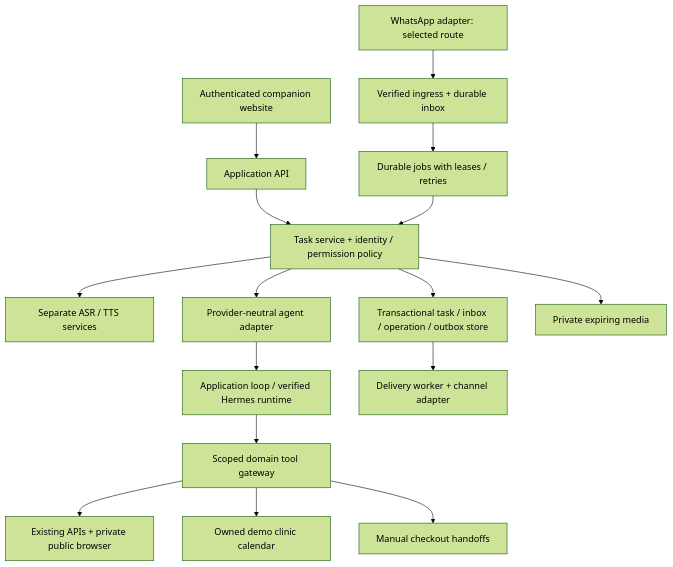
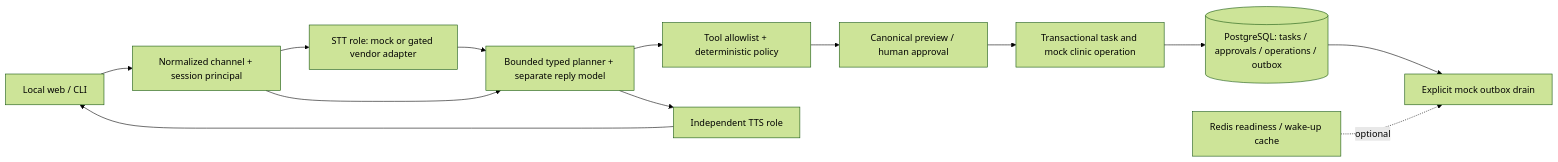
One commit to anirbanhere/Saathi_Home_Agent changed the diagram in docs/architecture.md. Above: the diagram before and after it, drawn with Mermaid (forest theme). The commit also changed other lines of this file and 10 other files, not shown here.

````diff
--- a/docs/architecture.md
+++ b/docs/architecture.md
@@ -78,18 +5,15 @@
 ```mermaid
-flowchart TB
-    WA[WhatsApp adapter: selected route] --> Ingress[Verified ingress + durable inbox]
-    UI[Authenticated companion website] --> API[Application API]
-    Ingress --> Jobs[Durable jobs with leases / retries]
-    API --> Core[Task service + identity / permission policy]
-    Jobs --> Core
-    Core --> Speech[Separate ASR / TTS services]
-    Core --> Agent[Provider-neutral agent adapter]
-    Agent --> Choice[Application loop / verified Hermes runtime]
-    Choice --> Tools[Scoped domain tool gateway]
-    Tools --> Read[Existing APIs + private public browser]
-    Tools --> Calendar[Owned demo clinic calendar]
-    Tools --> Draft[Manual checkout handoffs]
-    Core --> DB[Transactional task / inbox / operation / outbox store]
-    Core --> Media[Private expiring media]
-    DB --> Outbox[Delivery worker + channel adapter]
+flowchart LR
+  W[Local web / CLI] --> C[Normalized channel + session principal]
+  C --> S[STT role: mock or gated vendor adapter]
+  S --> R[Bounded typed planner + separate reply model]
+  C --> R
+  R --> P[Tool allowlist + deterministic policy]
+  P --> A[Canonical preview / human approval]
+  A --> T[Transactional task and mock clinic operation]
+  T --> DB[(PostgreSQL: tasks / approvals / operations / outbox)]
+  DB --> O[Explicit mock outbox drain]
+  R --> V[Independent TTS role]
+  V --> W
+  Q[Redis readiness / wake-up cache] -. optional .-> O
 ```
````
